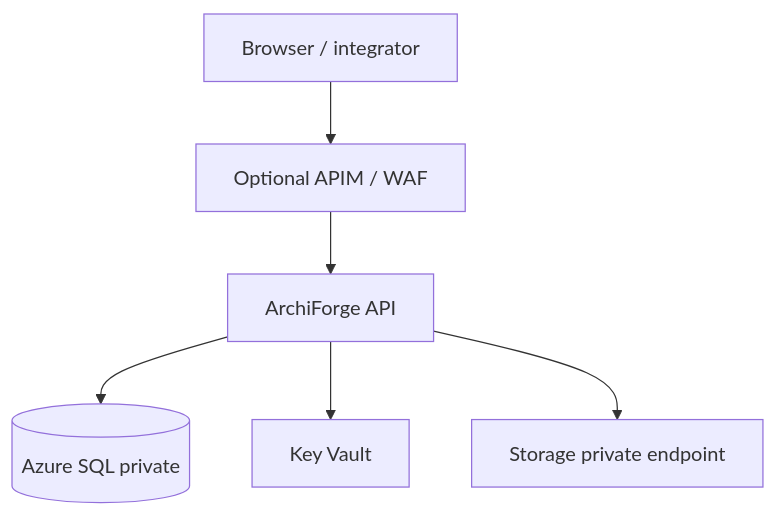
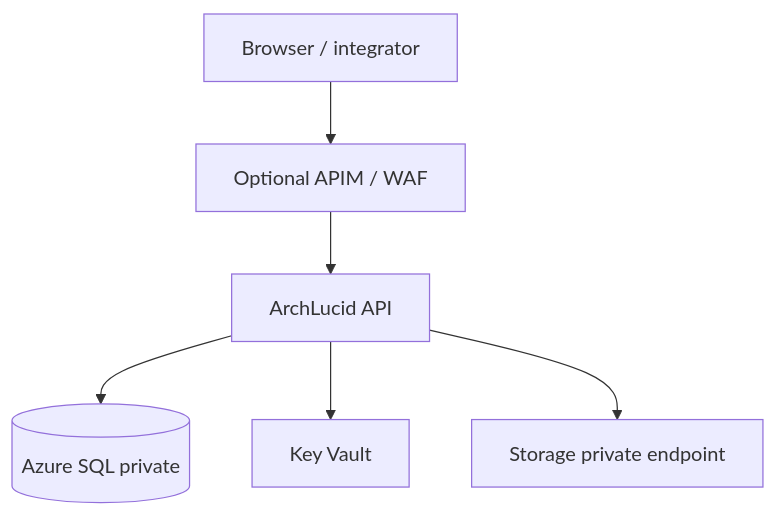
One commit to joefrancisGA/ArchLucid changed the diagram in docs/terraform-azure-variables.md. Above: the diagram before and after it, drawn with Mermaid. The commit also changed other lines of this file and 153 other files, not shown here.

````diff
--- a/docs/terraform-azure-variables.md
+++ b/docs/terraform-azure-variables.md
@@ -17,8 +17,8 @@
 ```mermaid
 flowchart TB
   Client[Browser / integrator] --> APIM[Optional APIM / WAF]
-  APIM --> Api[ArchiForge API]
+  APIM --> Api[ArchLucid API]
   Api --> SQL[(Azure SQL private)]
   Api --> KV[Key Vault]
   Api --> ST[Storage private endpoint]
 ```
````
